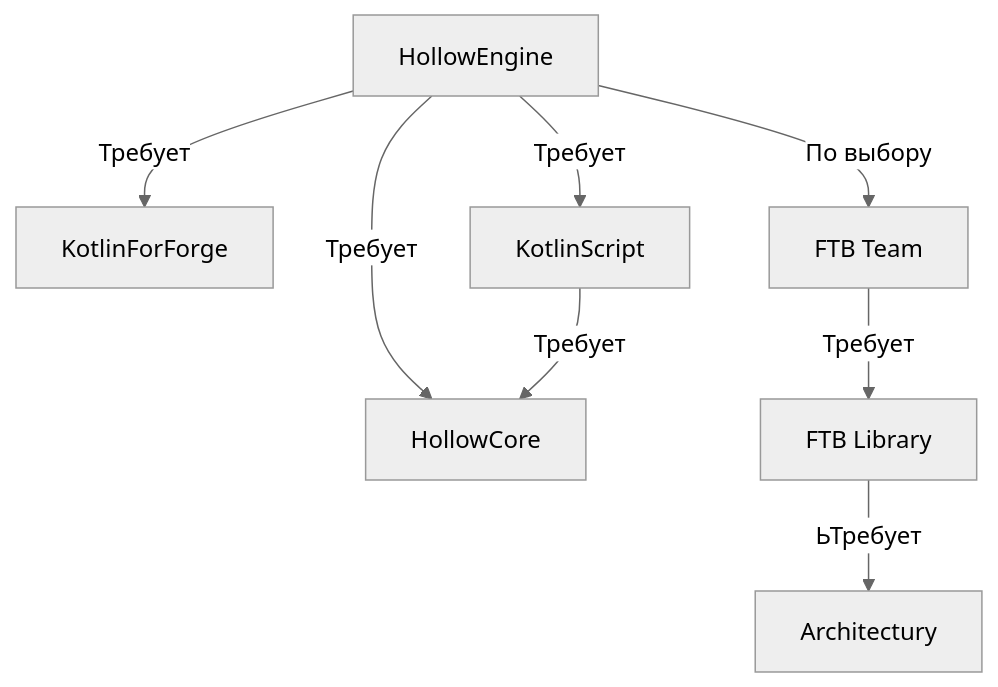
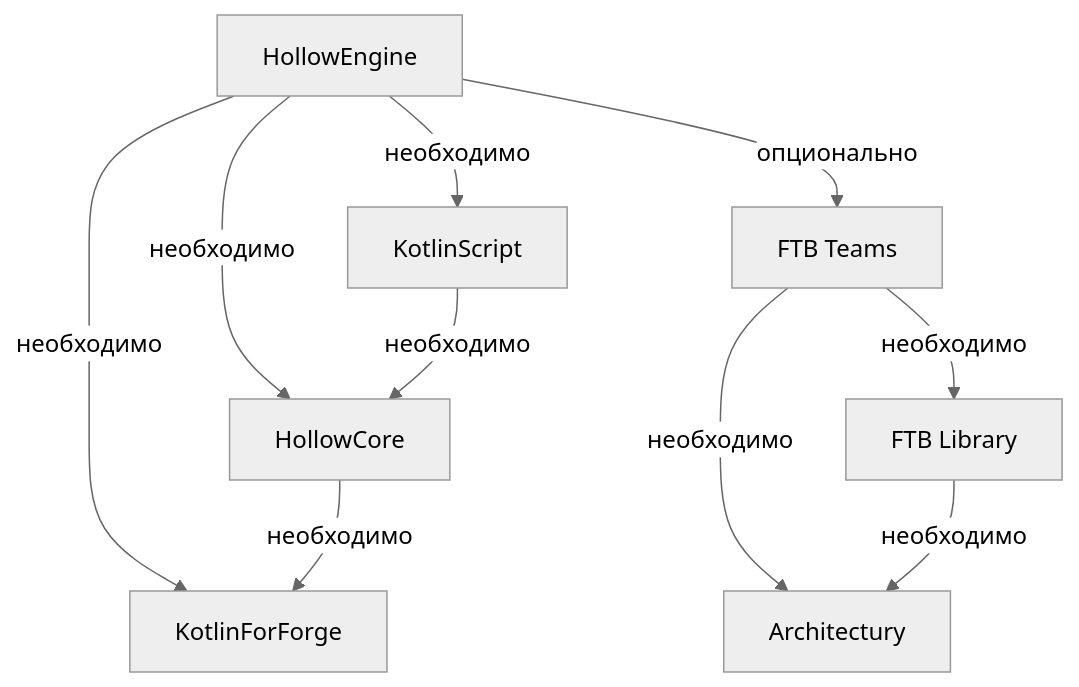
One commit to 0mods/docsweb changed the diagram in docs/1-hollowengine/2-Begin/0-requirement.mdx. Above: the diagram before and after it, drawn with Mermaid (neutral theme). The commit also changed other lines of this file, not shown here.

````diff
--- a/docs/1-hollowengine/2-Begin/0-requirement.mdx
+++ b/docs/1-hollowengine/2-Begin/0-requirement.mdx
@@ -8,9 +8,18 @@
 ```mermaid
 graph TD;
   HE[HollowEngine]; HC[HollowCore]; KFF[KotlinForForge]; KS[KotlinScript];
-  FTBT[FTB Team]; FTBL[FTB Library]; Arc[Architectury];
+  FTBT[FTB Teams]; FTBL[FTB Library]; Arc[Architectury];
   
-  HE-->|Требует|KS; HE-->|Требует|KFF; HE-->|Требует|HC; HE-->|По выбору|FTBT;
-  KS-->|Требует|HC;
-  FTBT-->|Требует|FTBL; FTBL-->|ЬТребует|Arc;
+  HE-->|необходимо|KS;
+  HE-->|необходимо|KFF;
+  HE-->|необходимо|HC;
+  HE-->|опционально|FTBT;
+
+  KS-->|необходимо|HC;
+
+  HC-->|необходимо|KFF;
+
+  FTBT-->|необходимо|FTBL;
+  FTBT-->|необходимо|Arc;
+  FTBL-->|необходимо|Arc;
 ```
````
